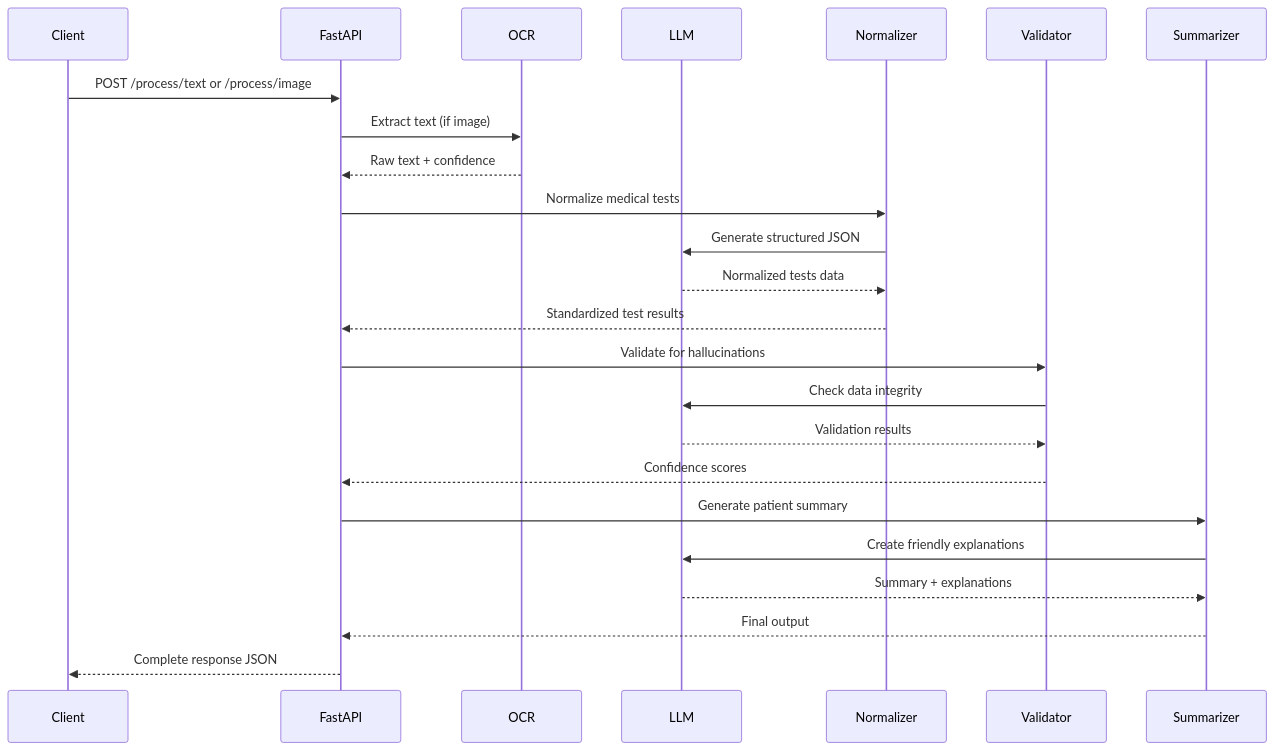
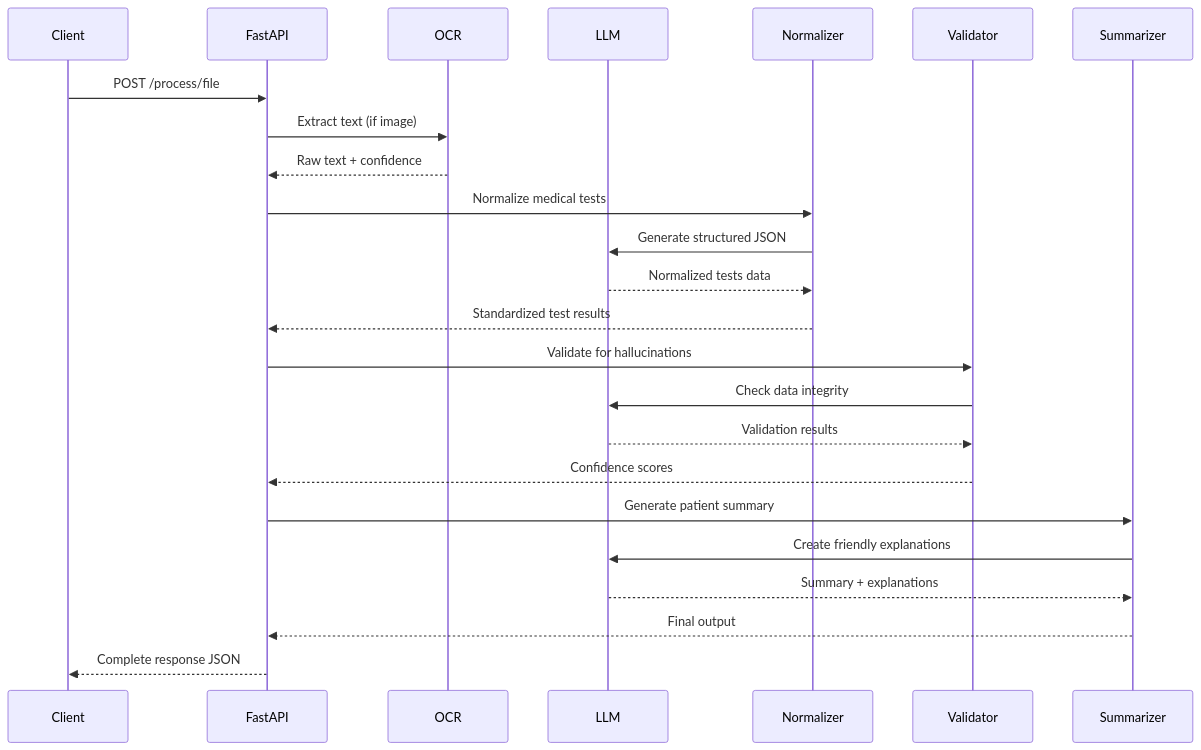
The second of 3 diagrams in ARCHITECTURE.md (Rhishi-04/AI-Powered-Medical-Report-Simplifier), drawn with Mermaid before and after one commit. The commit also changed other lines of this file and 3 other files, not shown here.

First line of the commit message:
Refactor API: Replace separate text/image endpoints with universal /process/file endpoint

````diff
--- a/ARCHITECTURE.md
+++ b/ARCHITECTURE.md
@@ -94,31 +94,31 @@
 ```mermaid
 sequenceDiagram
     participant Client
     participant FastAPI
     participant OCR
     participant LLM
     participant Normalizer
     participant Validator
     participant Summarizer
     
-    Client->>FastAPI: POST /process/text or /process/image
+    Client->>FastAPI: POST /process/file
     FastAPI->>OCR: Extract text (if image)
     OCR-->>FastAPI: Raw text + confidence
     
     FastAPI->>Normalizer: Normalize medical tests
     Normalizer->>LLM: Generate structured JSON
     LLM-->>Normalizer: Normalized tests data
     Normalizer-->>FastAPI: Standardized test results
     
     FastAPI->>Validator: Validate for hallucinations
     Validator->>LLM: Check data integrity
     LLM-->>Validator: Validation results
     Validator-->>FastAPI: Confidence scores
     
     FastAPI->>Summarizer: Generate patient summary
     Summarizer->>LLM: Create friendly explanations
     LLM-->>Summarizer: Summary + explanations
     Summarizer-->>FastAPI: Final output
     
     FastAPI-->>Client: Complete response JSON
 ```
````
